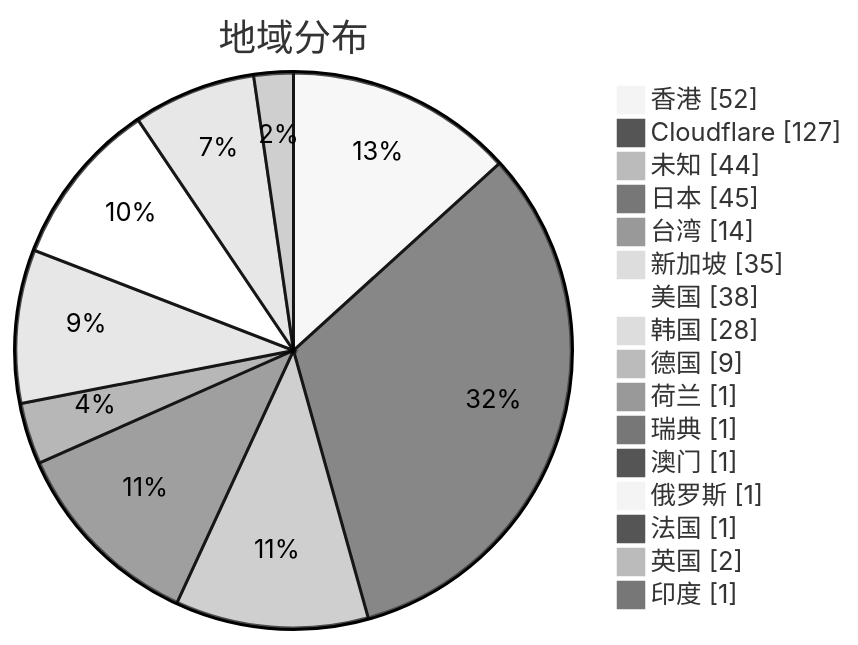
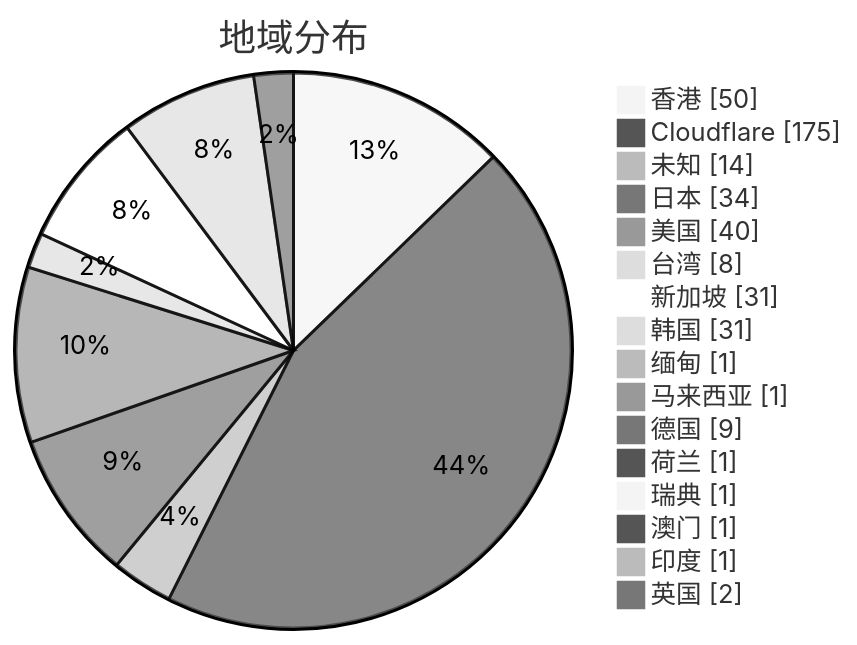
Before and after one commit to qjlxg/airport: the second of 3 diagrams in subs/statistics/tested_within.md, drawn with Mermaid (neutral theme). The commit also changed other lines of this file and 2 other files, not shown here.

````diff
--- a/subs/statistics/tested_within.md
+++ b/subs/statistics/tested_within.md
@@ -13,20 +13,20 @@
 ```mermaid
 pie showData
 title 地域分布
-"香港" : 52
-"Cloudflare" : 127
-"未知" : 44
-"日本" : 45
-"台湾" : 14
-"新加坡" : 35
-"美国" : 38
-"韩国" : 28
+"香港" : 50
+"Cloudflare" : 175
+"未知" : 14
+"日本" : 34
+"美国" : 40
+"台湾" : 8
+"新加坡" : 31
+"韩国" : 31
+"缅甸" : 1
+"马来西亚" : 1
 "德国" : 9
 "荷兰" : 1
 "瑞典" : 1
 "澳门" : 1
-"俄罗斯" : 1
-"法国" : 1
+"印度" : 1
 "英国" : 2
-"印度" : 1
 ```
````
